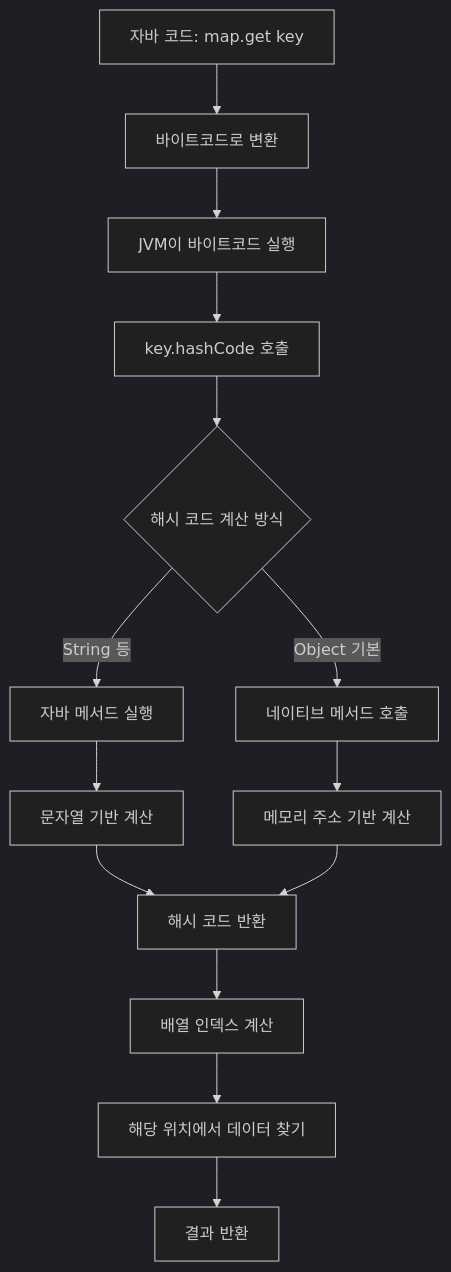
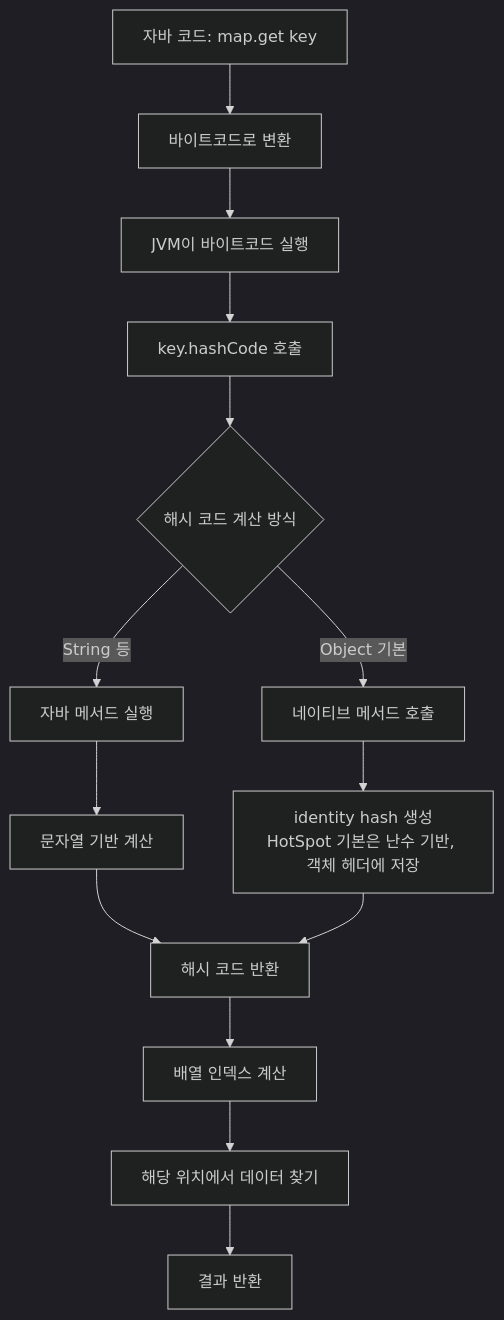
Before and after one commit to hongmoSung/hongmoSung.github.io: the second of 3 diagrams in _posts/java/2025-07-05-Hash.md, drawn with Mermaid (dark theme). The commit also changed other lines of this file and 32 other files, not shown here.

````diff
--- a/_posts/java/2025-07-05-Hash.md
+++ b/_posts/java/2025-07-05-Hash.md
@@ -441,16 +442,16 @@
 ```mermaid
 flowchart TD
     A[자바 코드: map.get key] --> B[바이트코드로 변환]
     B --> C[JVM이 바이트코드 실행]
     C --> D[key.hashCode 호출]
     D --> E{해시 코드 계산 방식}
     E -->|String 등| F[자바 메서드 실행]
     E -->|Object 기본| G[네이티브 메서드 호출]
     F --> H[문자열 기반 계산]
-    G --> I[메모리 주소 기반 계산]
+    G --> I[identity hash 생성<br/>HotSpot 기본은 난수 기반, 객체 헤더에 저장]
     H --> J[해시 코드 반환]
     I --> J
     J --> K[배열 인덱스 계산]
     K --> L[해당 위치에서 데이터 찾기]
     L --> M[결과 반환]
 ```
````
